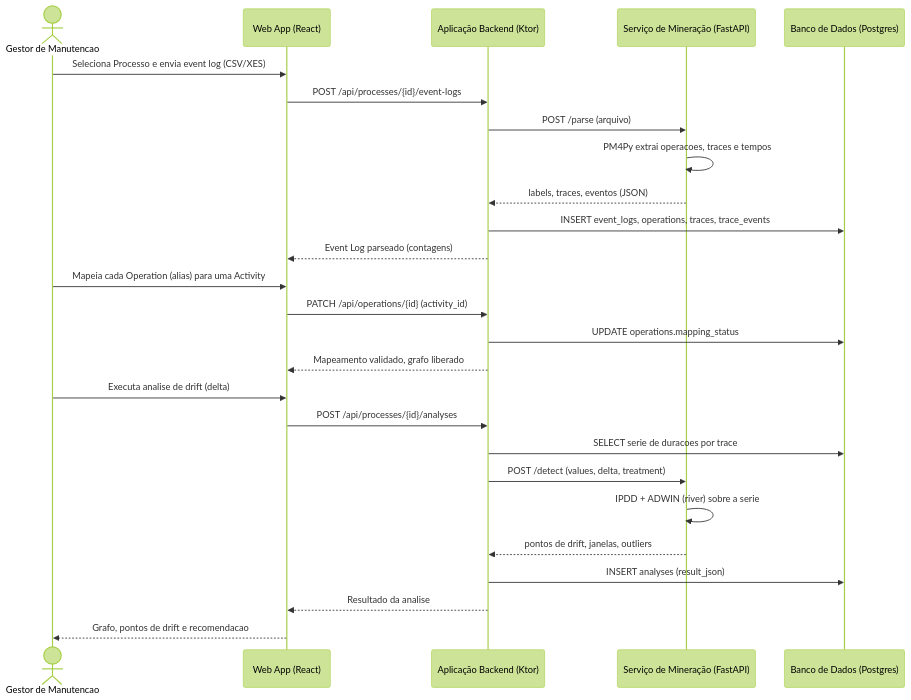
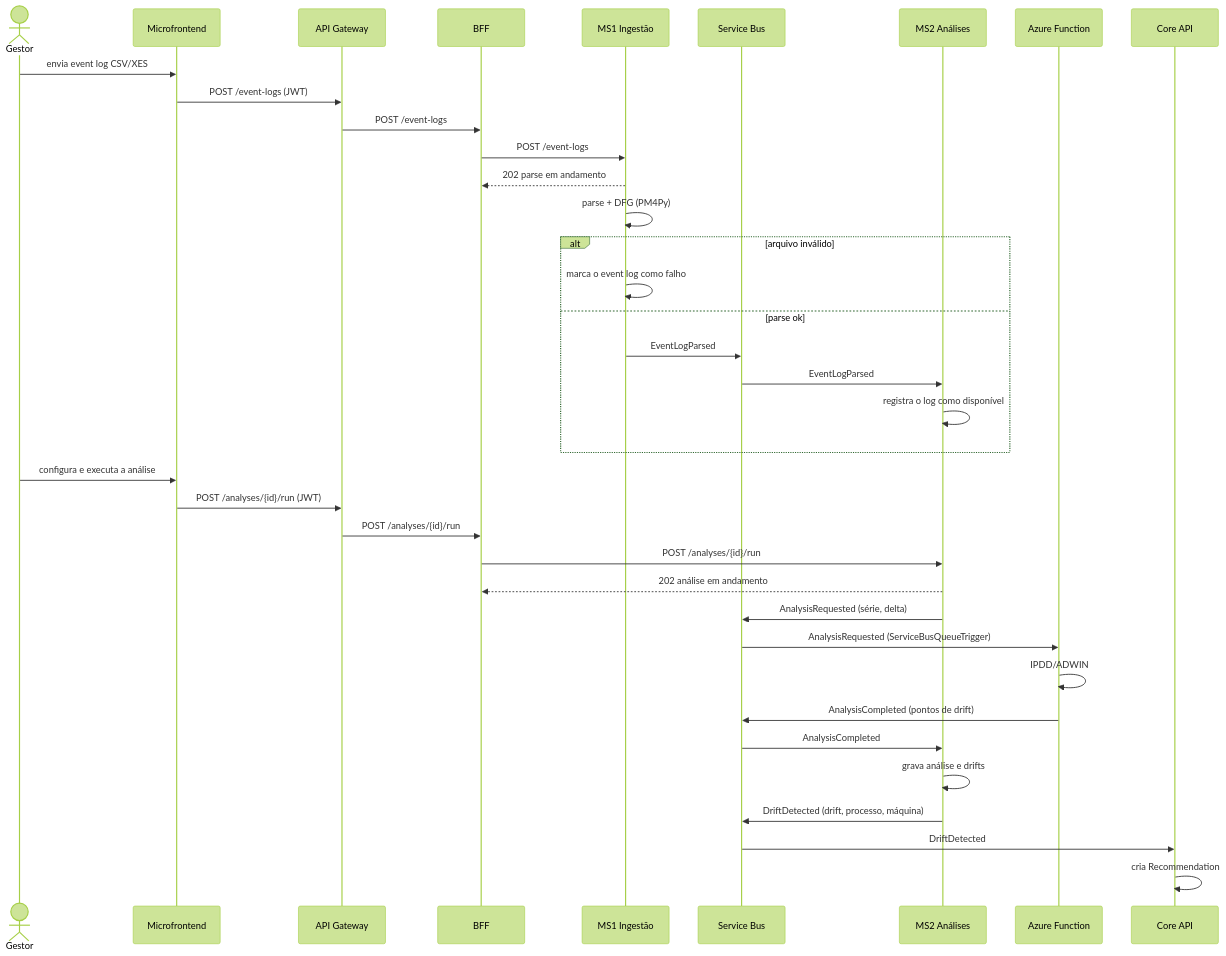
One commit to aland3r/deviante-docs changed the diagram in architecture/c4/level 4 - sequencia.mmd. Above: the diagram before and after it, drawn with Mermaid (forest theme). The commit also changed 17 other files, not shown here.

First line of the commit message:
Diagramas avulsos (.mmd) sincronizados com o arc42

```diff
--- a/architecture/c4/level 4 - sequencia.mmd
+++ b/architecture/c4/level 4 - sequencia.mmd
@@ -1,31 +1,37 @@
-%% C4 Nivel 4 (Codigo) - UML de SEQUENCIA
-%% Cenario: upload do event log -> mapeamento -> analise de drift (UC4 -> UC12).
 sequenceDiagram
-    actor G as Gestor de Manutencao
-    participant W as Web App (React)
-    participant A as Aplicação Backend (Ktor)
-    participant M as Serviço de Mineração (FastAPI)
-    participant DB as Banco de Dados (Postgres)
-
-    G->>W: Seleciona Processo e envia event log (CSV/XES)
-    W->>A: POST /api/processes/{id}/event-logs
-    A->>M: POST /parse (arquivo)
-    M->>M: PM4Py extrai operacoes, traces e tempos
-    M-->>A: labels, traces, eventos (JSON)
-    A->>DB: INSERT event_logs, operations, traces, trace_events
-    A-->>W: Event Log parseado (contagens)
-
-    G->>W: Mapeia cada Operation (alias) para uma Activity
-    W->>A: PATCH /api/operations/{id} (activity_id)
-    A->>DB: UPDATE operations.mapping_status
-    A-->>W: Mapeamento validado, grafo liberado
-
-    G->>W: Executa analise de drift (delta)
-    W->>A: POST /api/processes/{id}/analyses
-    A->>DB: SELECT serie de duracoes por trace
-    A->>M: POST /detect (values, delta, treatment)
-    M->>M: IPDD + ADWIN (river) sobre a serie
-    M-->>A: pontos de drift, janelas, outliers
-    A->>DB: INSERT analyses (result_json)
-    A-->>W: Resultado da analise
-    W-->>G: Grafo, pontos de drift e recomendacao
+    actor G as Gestor
+    participant W as Microfrontend
+    participant GW as API Gateway
+    participant B as BFF
+    participant M1 as MS1 Ingestão
+    participant Q as Service Bus
+    participant M2 as MS2 Análises
+    participant F as Azure Function
+    participant C as Core API
+    G->>W: envia event log CSV/XES
+    W->>GW: POST /event-logs (JWT)
+    GW->>B: POST /event-logs
+    B->>M1: POST /event-logs
+    M1-->>B: 202 parse em andamento
+    M1->>M1: parse + DFG (PM4Py)
+    alt arquivo inválido
+        M1->>M1: marca o event log como falho
+    else parse ok
+    M1->>Q: EventLogParsed
+    Q->>M2: EventLogParsed
+    M2->>M2: registra o log como disponível
+    end
+    G->>W: configura e executa a análise
+    W->>GW: POST /analyses/{id}/run (JWT)
+    GW->>B: POST /analyses/{id}/run
+    B->>M2: POST /analyses/{id}/run
+    M2-->>B: 202 análise em andamento
+    M2->>Q: AnalysisRequested (série, delta)
+    Q->>F: AnalysisRequested (ServiceBusQueueTrigger)
+    F->>F: IPDD/ADWIN
+    F->>Q: AnalysisCompleted (pontos de drift)
+    Q->>M2: AnalysisCompleted
+    M2->>M2: grava análise e drifts
+    M2->>Q: DriftDetected (drift, processo, máquina)
+    Q->>C: DriftDetected
+    C->>C: cria Recommendation
```
